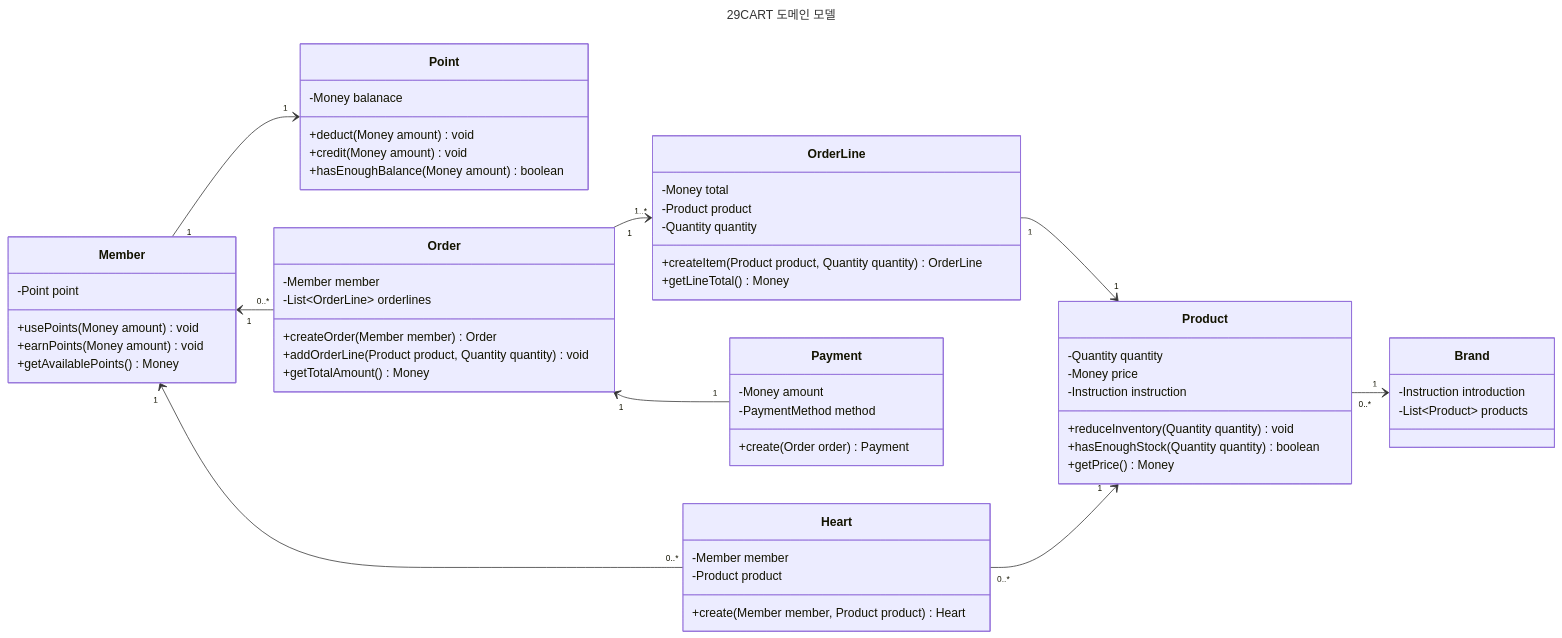
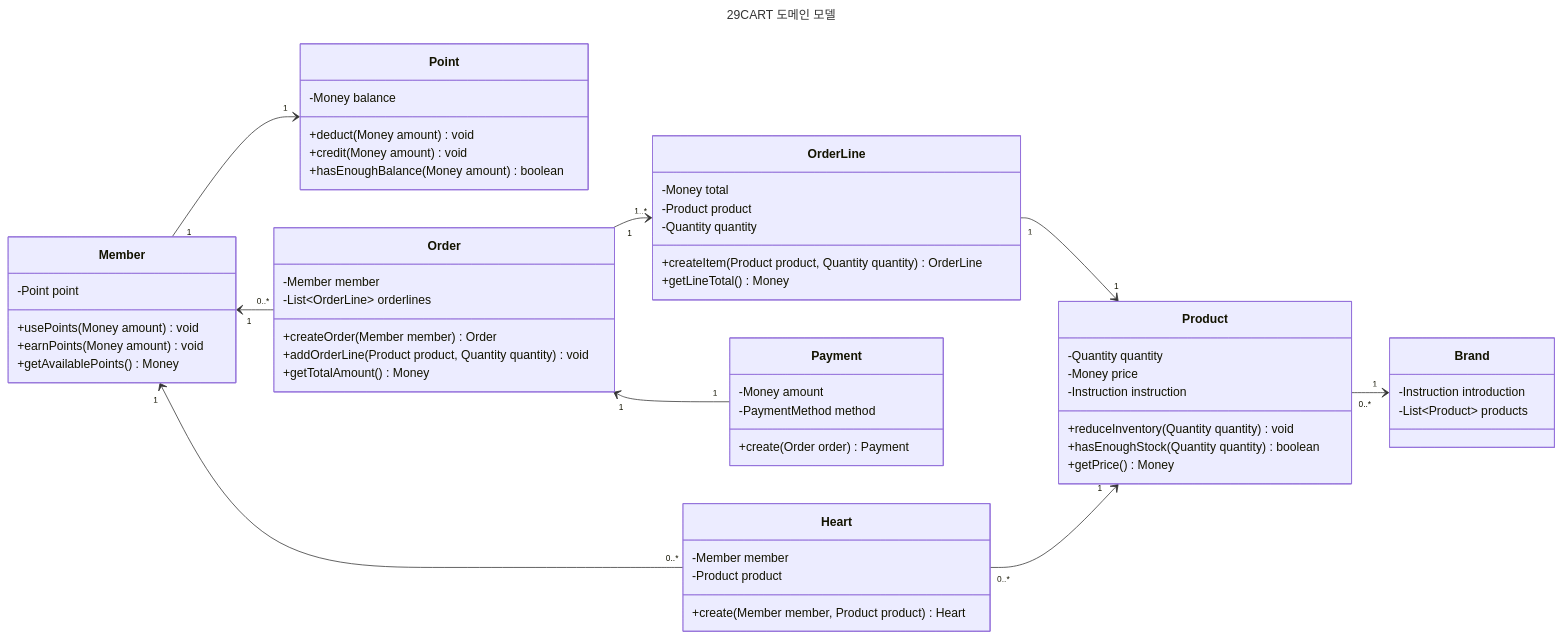
Before and after one commit to donghun0508/loopers-ecommerce: the diagram in docs/design/domains/03-class-diagrams.md, drawn with Mermaid. The commit also changed 10 other files, not shown here.

````diff
--- a/docs/design/domains/03-class-diagrams.md
+++ b/docs/design/domains/03-class-diagrams.md
@@ -1,73 +1,73 @@
 ```mermaid
 ---
 title: 29CART 도메인 모델
 ---
 classDiagram
     direction LR
 
     class Member {
         -Point point
         +usePoints(Money amount) void
         +earnPoints(Money amount) void
         +getAvailablePoints() Money
     }
 
     class Point {
-        -Money balanace
+        -Money balance
         +deduct(Money amount) void
         +credit(Money amount) void
         +hasEnoughBalance(Money amount) boolean
     }
 
     class Brand {
         -Instruction introduction
         -List~Product~ products
     }
 
     class Heart {
         -Member member
         -Product product
         +create(Member member, Product product) Heart
     }
 
     class Product {
         -Quantity quantity
         -Money price
         -Instruction instruction
         +reduceInventory(Quantity quantity) void
         +hasEnoughStock(Quantity quantity) boolean
         +getPrice() Money
     }
 
     class Order {
         -Member member
         -List~OrderLine~ orderlines
         +createOrder(Member member) Order
         +addOrderLine(Product product, Quantity quantity) void
         +getTotalAmount() Money
     }
 
     class OrderLine {
         -Money total
         -Product product
         -Quantity quantity
         +createItem(Product product, Quantity quantity) OrderLine
         +getLineTotal() Money
     }
 
     class Payment {
         -Money amount
         -PaymentMethod method
         +create(Order order) Payment
     }
 
     Member "1" --> "1" Point
     Member "1" <-- "0..*" Order
     Member "1" <-- "0..*" Heart
     Order "1" --> "1..*" OrderLine
     Order "1" <-- "1" Payment
     OrderLine "1" --> "1" Product
     Heart "0..*" --> "1" Product
     Product "0..*" --> "1" Brand
     
 ```
````
